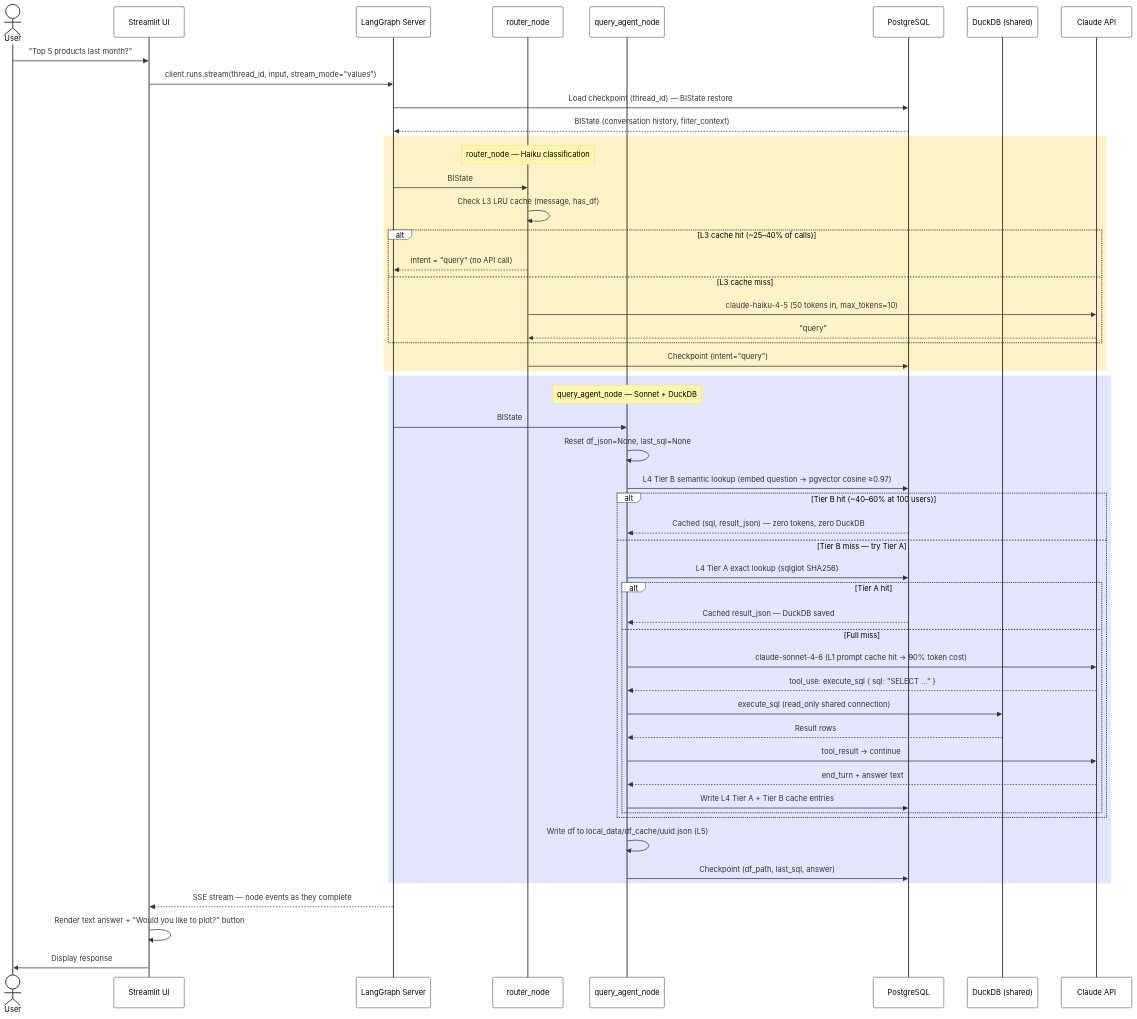
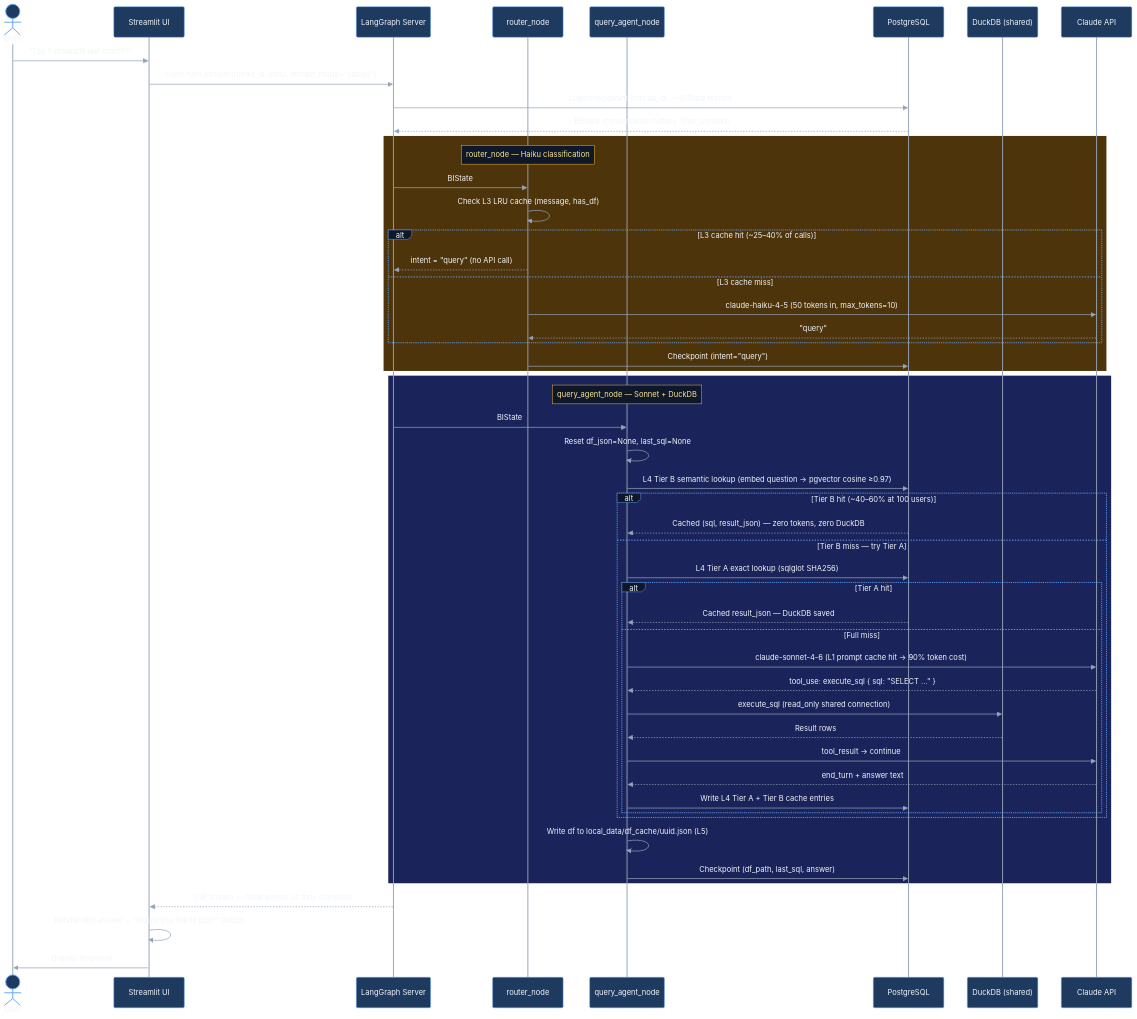
One commit to suryapatnaik1/llm-bi-chat-langgraph changed the second of 15 diagrams in docs/diagrams/diagrams.md. Above: the diagram before and after it, drawn with Mermaid. The commit also changed other lines of this file, not shown here.

Commit message:
fix mermaid sequence diagram contrast for dark theme

````diff
--- a/docs/diagrams/diagrams.md
+++ b/docs/diagrams/diagrams.md
@@ -69,61 +69,61 @@
 ```mermaid
-%%{init: {'theme': 'base', 'themeVariables': {'actorTextColor': '#000000', 'noteTextColor': '#000000', 'loopTextColor': '#000000', 'labelTextColor': '#000000', 'actorBkg': '#ffffff', 'actorBorder': '#333333'}}}%%
+%%{init: {'theme': 'base', 'themeVariables': {'background': '#1e293b', 'primaryColor': '#1e3a5f', 'primaryTextColor': '#f1f5f9', 'primaryBorderColor': '#60a5fa', 'lineColor': '#94a3b8', 'actorBkg': '#1e3a5f', 'actorTextColor': '#f1f5f9', 'actorBorder': '#60a5fa', 'actorLineColor': '#94a3b8', 'signalColor': '#94a3b8', 'signalTextColor': '#f1f5f9', 'labelBoxBkgColor': '#0f172a', 'labelBoxBorderColor': '#60a5fa', 'labelTextColor': '#f1f5f9', 'loopTextColor': '#f1f5f9', 'noteBorderColor': '#fbbf24', 'noteBkgColor': '#0f172a', 'noteTextColor': '#fde68a', 'activationBorderColor': '#60a5fa', 'activationBkgColor': '#1e3a5f', 'sequenceNumberColor': '#f1f5f9'}}}%%
 sequenceDiagram
     actor User
     participant SL as Streamlit UI
     participant LGS as LangGraph Server
     participant RN as router_node
     participant QA as query_agent_node
     participant PG as PostgreSQL
     participant DDB as DuckDB (shared)
     participant CL as Claude API
 
     User->>SL: "Top 5 products last month?"
     SL->>LGS: client.runs.stream(thread_id, input, stream_mode="values")
     LGS->>PG: Load checkpoint (thread_id) — BIState restore
     PG-->>LGS: BIState (conversation history, filter_context)
 
-    rect rgb(254, 243, 199)
+    rect rgb(78, 52, 10)
         Note over RN: router_node — Haiku classification
         LGS->>RN: BIState
         RN->>RN: Check L3 LRU cache (message, has_df)
         alt L3 cache hit (~25–40% of calls)
             RN-->>LGS: intent = "query" (no API call)
         else L3 cache miss
             RN->>CL: claude-haiku-4-5 (50 tokens in, max_tokens=10)
             CL-->>RN: "query"
         end
         RN->>PG: Checkpoint (intent="query")
     end
 
-    rect rgb(224, 231, 255)
+    rect rgb(26, 35, 90)
         Note over QA: query_agent_node — Sonnet + DuckDB
         LGS->>QA: BIState
         QA->>QA: Reset df_json=None, last_sql=None
 
         QA->>PG: L4 Tier B semantic lookup (embed question → pgvector cosine ≥0.97)
         alt Tier B hit (~40–60% at 100 users)
             PG-->>QA: Cached (sql, result_json) — zero tokens, zero DuckDB
         else Tier B miss — try Tier A
             QA->>PG: L4 Tier A exact lookup (sqlglot SHA256)
             alt Tier A hit
                 PG-->>QA: Cached result_json — DuckDB saved
             else Full miss
                 QA->>CL: claude-sonnet-4-6 (L1 prompt cache hit → 90% token cost)
                 CL-->>QA: tool_use: execute_sql { sql: "SELECT ..." }
                 QA->>DDB: execute_sql (read_only shared connection)
                 DDB-->>QA: Result rows
                 QA->>CL: tool_result → continue
                 CL-->>QA: end_turn + answer text
                 QA->>PG: Write L4 Tier A + Tier B cache entries
             end
         end
 
         QA->>QA: Write df to local_data/df_cache/uuid.json (L5)
         QA->>PG: Checkpoint (df_path, last_sql, answer)
     end
 
     LGS-->>SL: SSE stream — node events as they complete
     SL->>SL: Render text answer + "Would you like to plot?" button
     SL->>User: Display response
 ```
````
